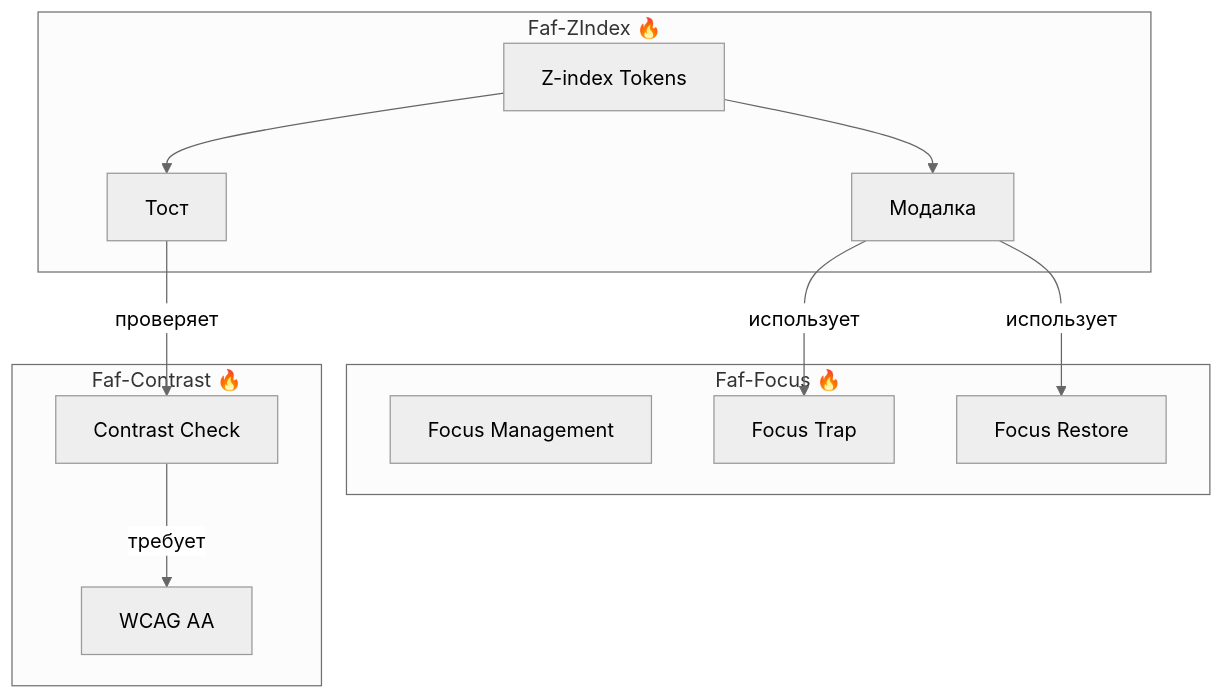
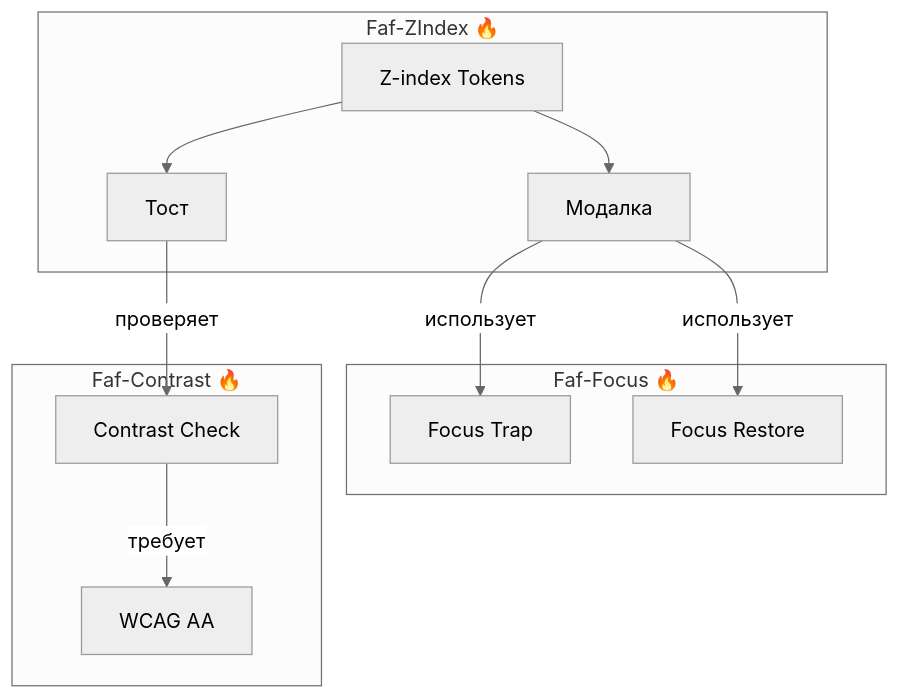
One commit to Kotrecon/faf-design-system changed the second of 2 diagrams in packages/z-index/README.ru.md. Above: the diagram before and after it, drawn with Mermaid (neutral theme). The commit also changed other lines of this file and 22 other files, not shown here.

````diff
--- a/packages/z-index/README.ru.md
+++ b/packages/z-index/README.ru.md
@@ -89,27 +77,22 @@
 ```mermaid
 flowchart TD
     subgraph "Faf-ZIndex 🔥"
         ZINDEX[Z-index Tokens]
         MODAL[Модалка]
         TOAST[Тост]
     end
-
     subgraph "Faf-Focus 🔥"
-        FOCUS[Focus Management]
         TRAP[Focus Trap]
         RESTORE[Focus Restore]
     end
-
     subgraph "Faf-Contrast 🔥"
         CONTRAST[Contrast Check]
         WCAG[WCAG AA]
     end
-
     MODAL -->|использует| TRAP
     MODAL -->|использует| RESTORE
     TOAST -->|проверяет| CONTRAST
     CONTRAST -->|требует| WCAG
-
     ZINDEX --> MODAL
     ZINDEX --> TOAST
 ```
````
